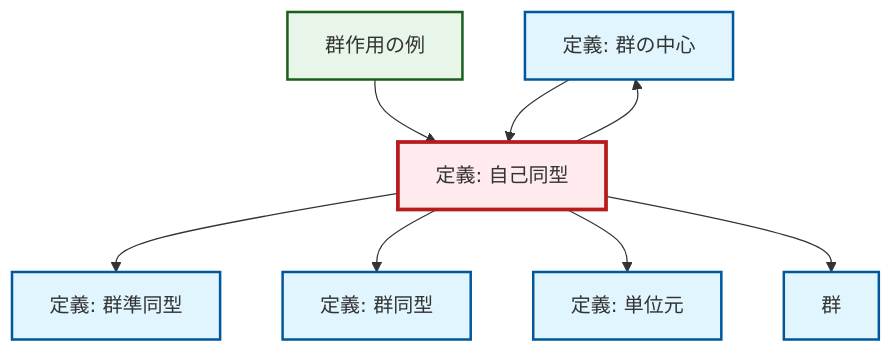
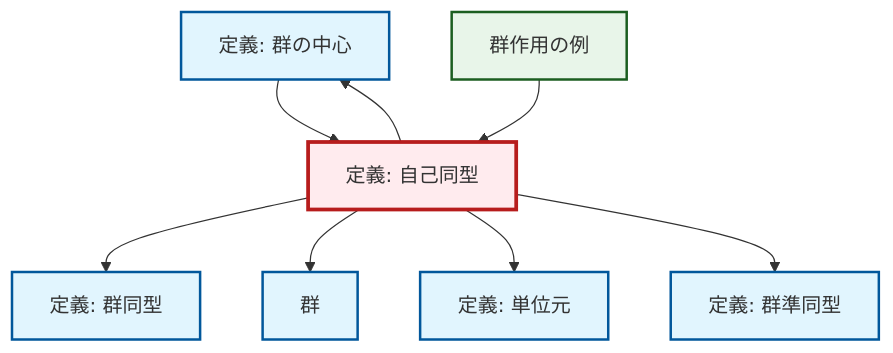
The diagram in output/mermaid/ja/def-automorphism.mermaid (RK0429/ModernMath), drawn with Mermaid before and after one commit. The commit also changed other lines of this file and 1012 other files, not shown here.

```diff
--- a/output/mermaid/ja/def-automorphism.mermaid
+++ b/output/mermaid/ja/def-automorphism.mermaid
@@ -1,22 +1,22 @@
 %%| fig-cap: "Local dependency graph"
 graph TD
     classDef definition fill:#e1f5fe,stroke:#01579b,stroke-width:2px
     classDef theorem fill:#f3e5f5,stroke:#4a148c,stroke-width:2px
     classDef axiom fill:#fff3e0,stroke:#e65100,stroke-width:2px
     classDef example fill:#e8f5e9,stroke:#1b5e20,stroke-width:2px
     classDef current fill:#ffebee,stroke:#b71c1c,stroke-width:3px
+    def-identity-element["定義: 単位元"]:::definition
+    def-isomorphism["定義: 群同型"]:::definition
     def-center-of-group["定義: 群の中心"]:::definition
     def-homomorphism["定義: 群準同型"]:::definition
-    def-isomorphism["定義: 群同型"]:::definition
-    def-group["群"]:::definition
     def-automorphism["定義: 自己同型"]:::definition
     ex-group-action-examples["群作用の例"]:::example
-    def-identity-element["定義: 単位元"]:::definition
-    def-automorphism --> def-homomorphism
+    def-group["群"]:::definition
+    def-center-of-group --> def-automorphism
     def-automorphism --> def-isomorphism
-    def-automorphism --> def-identity-element
     def-automorphism --> def-group
     ex-group-action-examples --> def-automorphism
-    def-center-of-group --> def-automorphism
+    def-automorphism --> def-identity-element
     def-automorphism --> def-center-of-group
+    def-automorphism --> def-homomorphism
     class def-automorphism current
```
